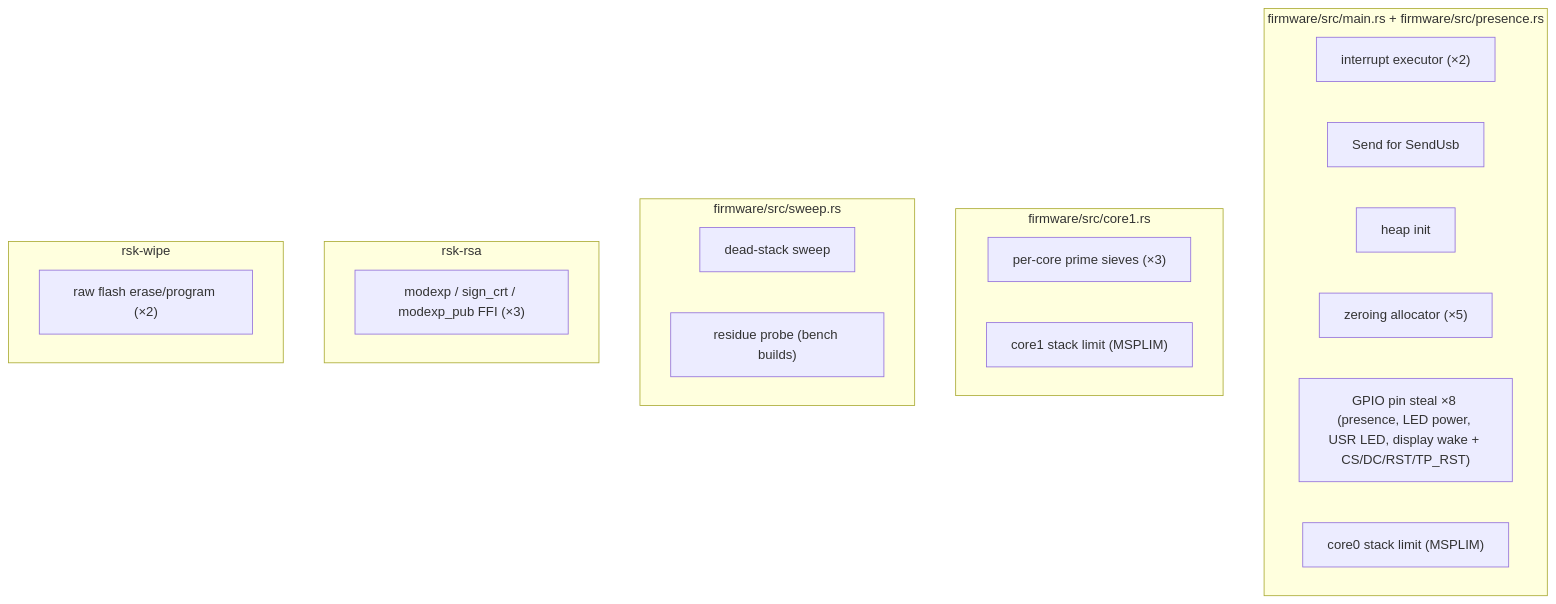
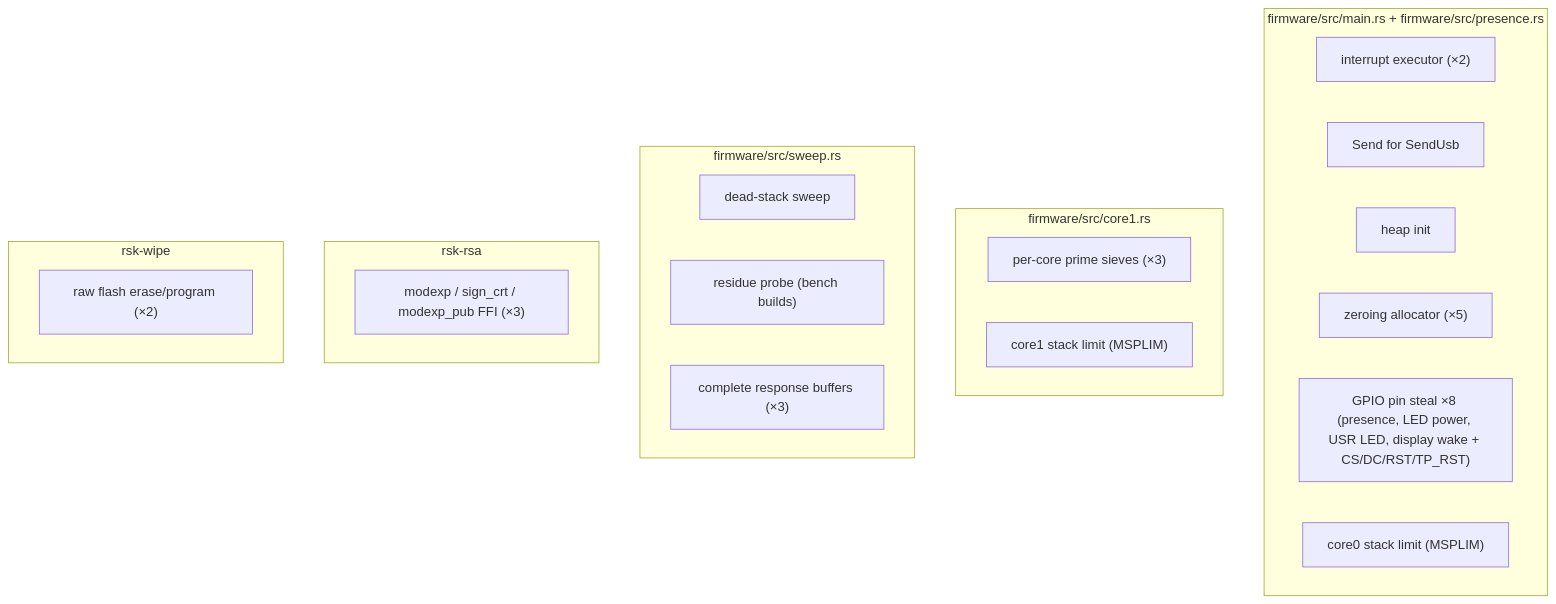
Before and after one commit to TheMaxMur/RS-Key: the diagram in docs/unsafe.md, drawn with Mermaid. The commit also changed other lines of this file and 22 other files, not shown here.

First line of the commit message:
perf(device): wipe full response buffers with word stores

````diff
--- a/docs/unsafe.md
+++ b/docs/unsafe.md
@@ -19,25 +19,26 @@
 ```mermaid
 flowchart TB
     subgraph fw["firmware/src/main.rs + firmware/src/presence.rs"]
       a["interrupt executor (×2)"]
       b["Send for SendUsb"]
       c["heap init"]
       c2["zeroing allocator (×5)"]
       d["GPIO pin steal ×8 (presence, LED power, USR LED, display wake + CS/DC/RST/TP_RST)"]
       d2["core0 stack limit (MSPLIM)"]
     end
     subgraph kg["firmware/src/core1.rs"]
       e["per-core prime sieves (×3)"]
       e2["core1 stack limit (MSPLIM)"]
     end
     subgraph sw["firmware/src/sweep.rs"]
       s1["dead-stack sweep"]
       s2["residue probe (bench builds)"]
+      s3["complete response buffers (×3)"]
     end
     subgraph asm["rsk-rsa"]
       f["modexp / sign_crt / modexp_pub FFI (×3)"]
     end
     subgraph wipe["rsk-wipe"]
       g["raw flash erase/program (×2)"]
     end
 ```
````
